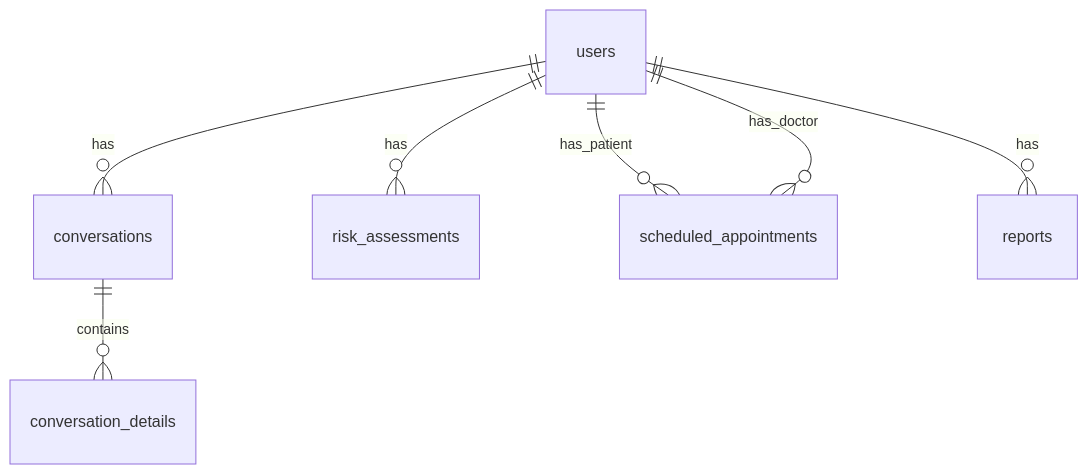
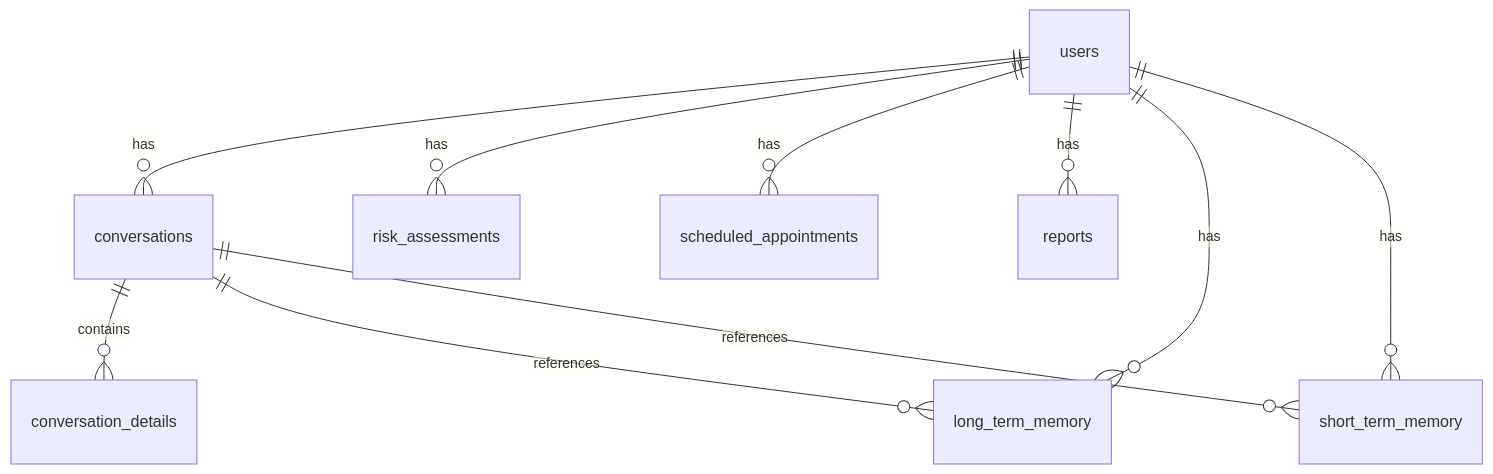
Before and after one commit to Kestito/ai-companion: the diagram in project-docs/database-schema.md, drawn with Mermaid. The commit also changed other lines of this file and 76 other files, not shown here.

````diff
--- a/project-docs/database-schema.md
+++ b/project-docs/database-schema.md
@@ -77,9 +80,12 @@
 ```mermaid
 erDiagram
     users ||--o{ conversations : has
     users ||--o{ risk_assessments : has
-    users ||--o{ scheduled_appointments : has_patient
-    users ||--o{ scheduled_appointments : has_doctor
+    users ||--o{ scheduled_appointments : has
     conversations ||--o{ conversation_details : contains
     users ||--o{ reports : has
+    users ||--o{ long_term_memory : has
+    users ||--o{ short_term_memory : has
+    conversations ||--o{ long_term_memory : references
+    conversations ||--o{ short_term_memory : references
 ```
````
